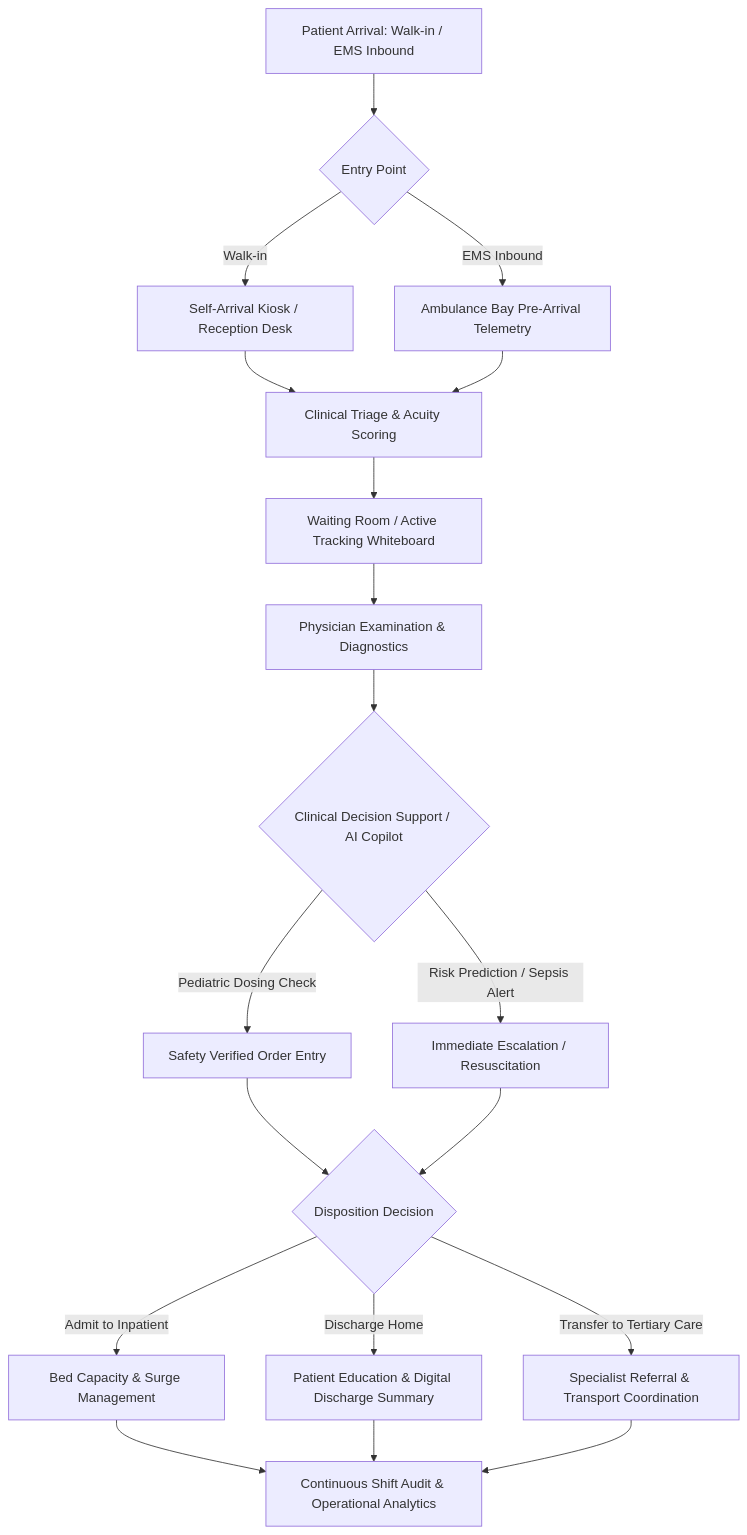
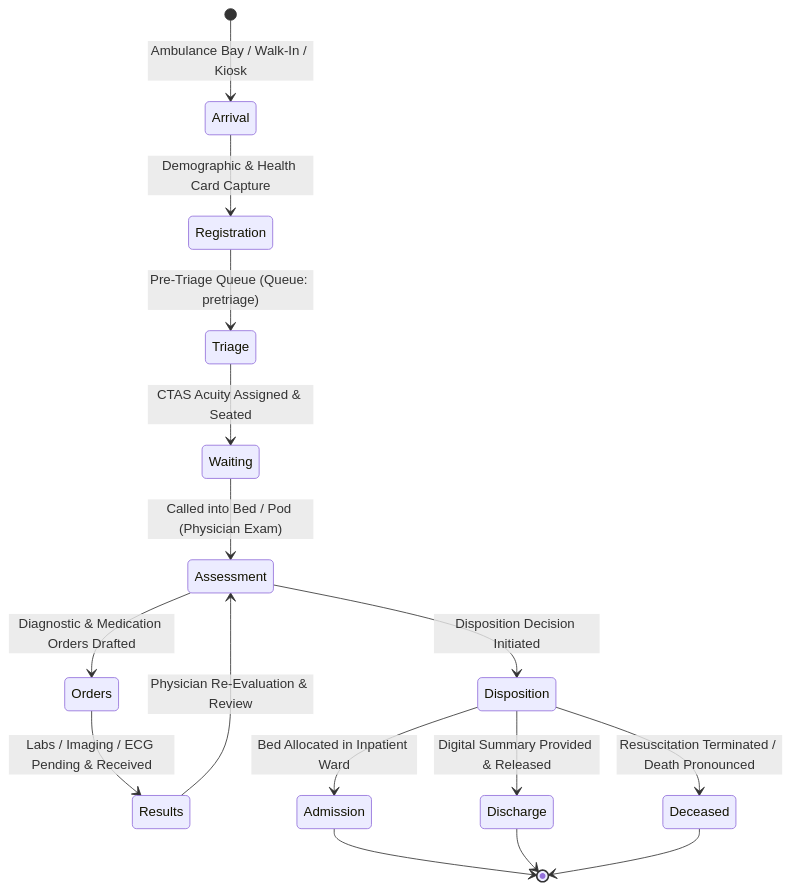
The second of 9 diagrams in docs/APP_FLOW.md (MISHHF93/CareDroid-Clinical-AI), drawn with Mermaid before and after one commit. The commit also changed other lines of this file and 328 other files, not shown here.

Commit message:
feat(emergency): rebuild reception waiting list and paginate patient grids for high-volume scale

````diff
--- a/docs/APP_FLOW.md
+++ b/docs/APP_FLOW.md
@@ -13,27 +96,18 @@
 ```mermaid
-flowchart TD
-    A[Patient Arrival: Walk-in / EMS Inbound] --> B{Entry Point}
-    B -->|Walk-in| C[Self-Arrival Kiosk / Reception Desk]
-    B -->|EMS Inbound| D[Ambulance Bay Pre-Arrival Telemetry]
-
-    C --> E[Clinical Triage & Acuity Scoring]
-    D --> E
-
-    E --> F[Waiting Room / Active Tracking Whiteboard]
-    F --> G[Physician Examination & Diagnostics]
-
-    G --> H{Clinical Decision Support / AI Copilot}
-    H -->|Pediatric Dosing Check| I[Safety Verified Order Entry]
-    H -->|Risk Prediction / Sepsis Alert| J[Immediate Escalation / Resuscitation]
-
-    I --> K{Disposition Decision}
-    J --> K
-
-    K -->|Admit to Inpatient| L[Bed Capacity & Surge Management]
-    K -->|Discharge Home| M[Patient Education & Digital Discharge Summary]
-    K -->|Transfer to Tertiary Care| N[Specialist Referral & Transport Coordination]
-
-    L --> O[Continuous Shift Audit & Operational Analytics]
-    M --> O
-    N --> O
+stateDiagram-v2
+    [*] --> Arrival: Ambulance Bay / Walk-In / Kiosk
+    Arrival --> Registration: Demographic & Health Card Capture
+    Registration --> Triage: Pre-Triage Queue (Queue: pretriage)
+    Triage --> Waiting: CTAS Acuity Assigned & Seated
+    Waiting --> Assessment: Called into Bed / Pod (Physician Exam)
+    Assessment --> Orders: Diagnostic & Medication Orders Drafted
+    Orders --> Results: Labs / Imaging / ECG Pending & Received
+    Results --> Assessment: Physician Re-Evaluation & Review
+    Assessment --> Disposition: Disposition Decision Initiated
+    Disposition --> Admission: Bed Allocated in Inpatient Ward
+    Disposition --> Discharge: Digital Summary Provided & Released
+    Disposition --> Deceased: Resuscitation Terminated / Death Pronounced
+    Admission --> [*]
+    Discharge --> [*]
+    Deceased --> [*]
 ```
````
